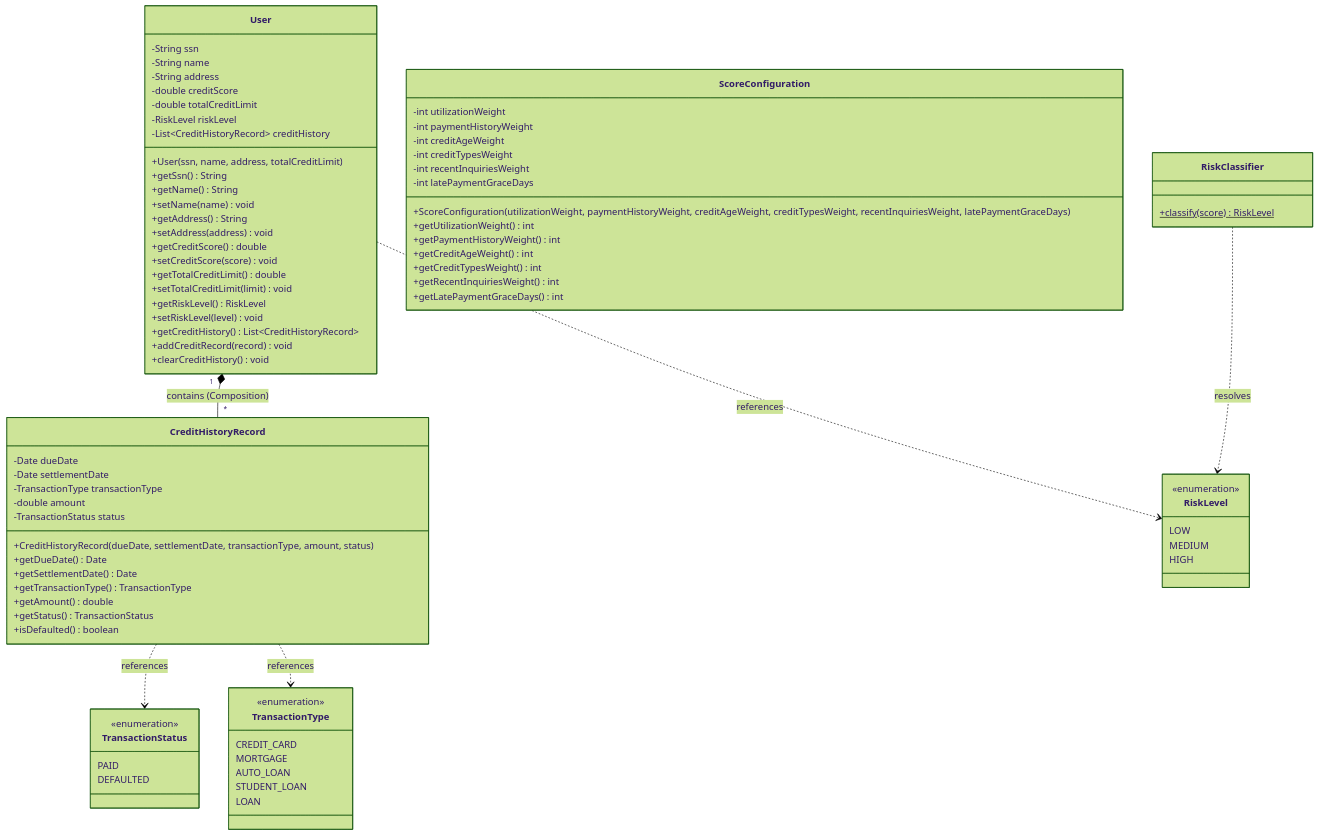
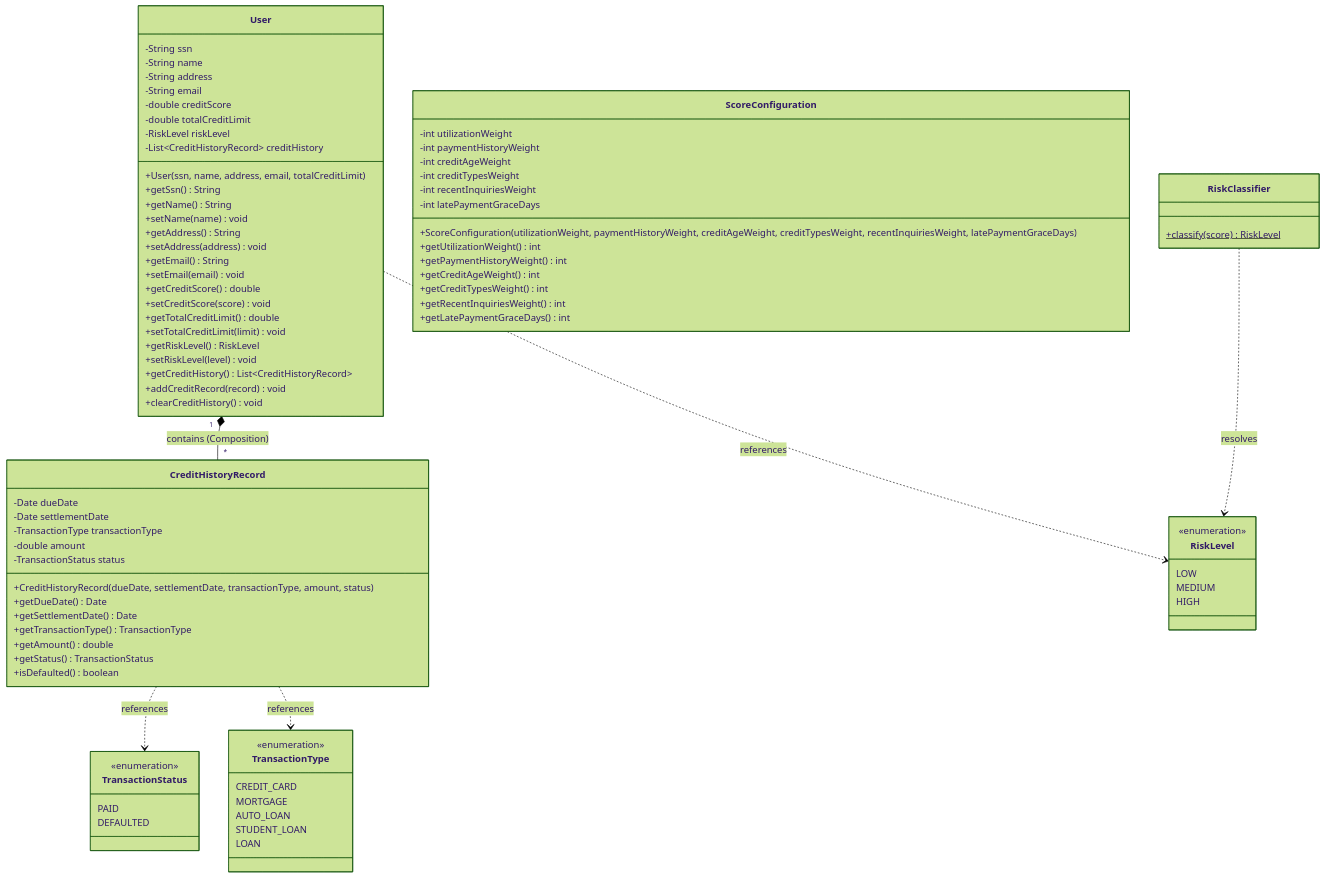
One commit to Pinkylml/CreditScoreManagement changed the diagram in docs/03_domain_model.md. Above: the diagram before and after it, drawn with Mermaid (forest theme). The commit also changed other lines of this file and 12 other files, not shown here.

```diff
--- a/docs/03_domain_model.md
+++ b/docs/03_domain_model.md
@@ -14,16 +14,19 @@
         -String ssn
         -String name
         -String address
+        -String email
         -double creditScore
         -double totalCreditLimit
         -RiskLevel riskLevel
         -List~CreditHistoryRecord~ creditHistory
-        +User(ssn, name, address, totalCreditLimit)
+        +User(ssn, name, address, email, totalCreditLimit)
         +getSsn() String
         +getName() String
         +setName(name) void
         +getAddress() String
         +setAddress(address) void
+        +getEmail() String
+        +setEmail(email) void
         +getCreditScore() double
         +setCreditScore(score) void
         +getTotalCreditLimit() double
```
